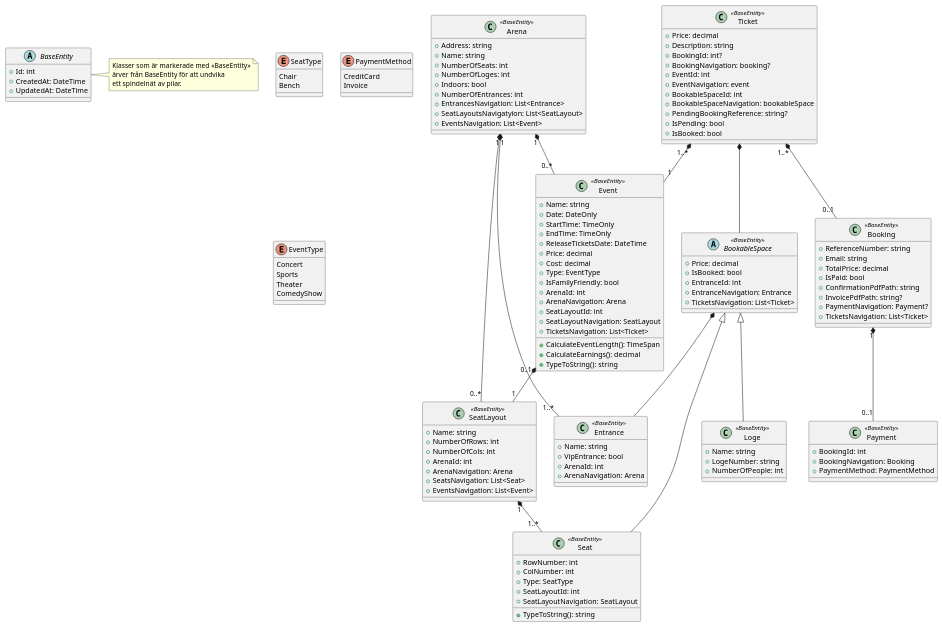
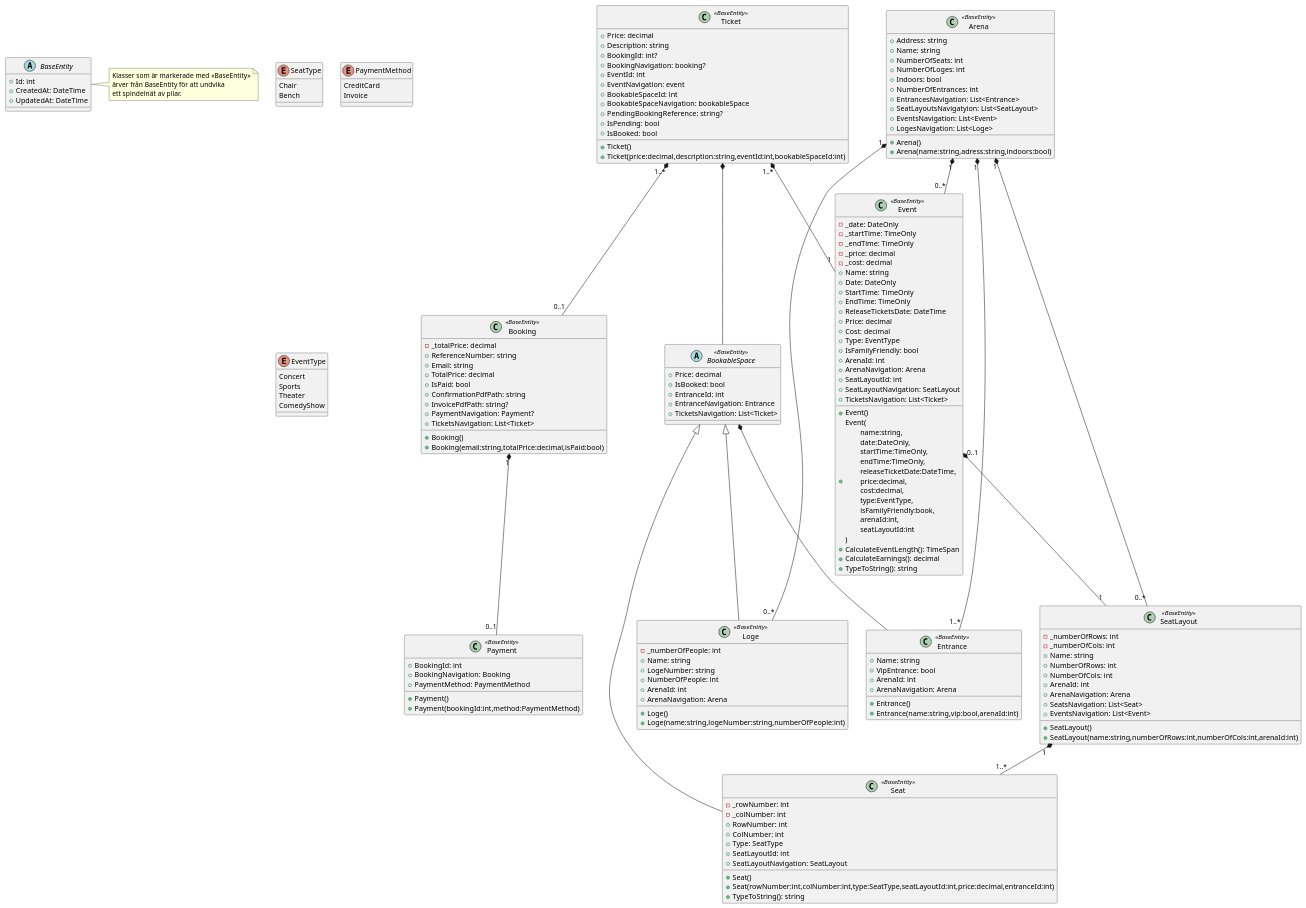
Before and after one commit to Mossberg1/ObjektOrienteradDesignBiljettShoppen: the diagram in docs/entities-uml.puml, drawn with PlantUML.

Commit message:
Uppdaterade uml diagrammet

```diff
--- a/docs/entities-uml.puml
+++ b/docs/entities-uml.puml
@@ -1,150 +1,185 @@
 @startuml
+together{
 
 enum SeatType {
     Chair
     Bench
 }
 
 enum PaymentMethod {
     CreditCard
     Invoice
 }
 
 enum EventType {
     Concert
     Sports
     Theater
     ComedyShow
+}
 }
 
 abstract class BaseEntity {
     + Id: int
     + CreatedAt: DateTime
     + UpdatedAt: DateTime
 }
 
 note right of BaseEntity
   Klasser som är markerade med <<BaseEntity>>
   ärver från BaseEntity för att undvika
   ett spindelnät av pilar.
 end note
 
 abstract class BookableSpace <<BaseEntity>> {
     + Price: decimal
     + IsBooked: bool
     + EntranceId: int
     + EntranceNavigation: Entrance
     + TicketsNavigation: List<Ticket>
 }
 
 class Arena <<BaseEntity>> {
     + Address: string
     + Name: string
     + NumberOfSeats: int
     + NumberOfLoges: int
     + Indoors: bool
     + NumberOfEntrances: int 
     + EntrancesNavigation: List<Entrance> 
     + SeatLayoutsNavigatyion: List<SeatLayout>
     + EventsNavigation: List<Event>
+    + LogesNavigation: List<Loge>
+    + Arena()
+    + Arena(name:string,adress:string,indoors:bool)
 }
  
 class SeatLayout <<BaseEntity>> {
+    - _numberOfRows: int 
+    - _numberOfCols: int
     + Name: string 
     + NumberOfRows: int
     + NumberOfCols: int
     + ArenaId: int
     + ArenaNavigation: Arena
     + SeatsNavigation: List<Seat>
     + EventsNavigation: List<Event>
+    + SeatLayout()
+    + SeatLayout(name:string,numberOfRows:int,numberOfCols:int,arenaId:int)
 }
 
 class Entrance <<BaseEntity>> {
     + Name: string
     + VipEntrance: bool
     + ArenaId: int 
     + ArenaNavigation: Arena 
+    + Entrance()
+    + Entrance(name:string,vip:bool,arenaId:int)
 }
 
 class Event <<BaseEntity>> {
+    - _date: DateOnly
+    - _startTime: TimeOnly
+    - _endTime: TimeOnly
+    - _price: decimal 
+    - _cost: decimal
     + Name: string
     + Date: DateOnly
     + StartTime: TimeOnly
     + EndTime: TimeOnly
     + ReleaseTicketsDate: DateTime
     + Price: decimal
     + Cost: decimal
     + Type: EventType
     + IsFamilyFriendly: bool 
     + ArenaId: int 
     + ArenaNavigation: Arena
     + SeatLayoutId: int
     + SeatLayoutNavigation: SeatLayout
-    + TicketsNavigation: List<Ticket> 
+    + TicketsNavigation: List<Ticket>
+    + Event()
+    + Event(\n\tname:string,\n\tdate:DateOnly,\n\tstartTime:TimeOnly,\n\tendTime:TimeOnly,\n\treleaseTicketDate:DateTime,\n\tprice:decimal,\n\tcost:decimal,\n\ttype:EventType,\n\tisFamilyFriendly:book,\n\tarenaId:int,\n\tseatLayoutId:int\n)
     + CalculateEventLength(): TimeSpan
     + CalculateEarnings(): decimal
     + TypeToString(): string
 }
 
 class Ticket <<BaseEntity>> {
     + Price: decimal
     + Description: string 
     + BookingId: int? 
     + BookingNavigation: booking? 
     + EventId: int 
     + EventNavigation: event 
     + BookableSpaceId: int 
     + BookableSpaceNavigation: bookableSpace
     + PendingBookingReference: string? 
     + IsPending: bool 
     + IsBooked: bool 
+    + Ticket()
+    + Ticket(price:decimal,description:string,eventId:int,bookableSpaceId:int)
 }
 
 class Seat <<BaseEntity>>{
+    - _rowNumber: int 
+    - _colNumber: int 
     + RowNumber: int
     + ColNumber: int
     + Type: SeatType
     + SeatLayoutId: int
     + SeatLayoutNavigation: SeatLayout
+    + Seat()
+    + Seat(rowNumber:int,colNumber:int,type:SeatType,seatLayoutId:int,price:decimal,entranceId:int)
     + TypeToString(): string 
 }
 
 class Loge <<BaseEntity>> { 
+    - _numberOfPeople: int
     + Name: string
     + LogeNumber: string
     + NumberOfPeople: int
+    + ArenaId: int 
+    + ArenaNavigation: Arena
+    + Loge()
+    + Loge(name:string,logeNumber:string,numberOfPeople:int)
 }
 
 class Booking <<BaseEntity>> {
+    - _totalPrice: decimal
     + ReferenceNumber: string 
     + Email: string 
     + TotalPrice: decimal 
     + IsPaid: bool 
     + ConfirmationPdfPath: string 
     + InvoicePdfPath: string? 
     + PaymentNavigation: Payment? 
     + TicketsNavigation: List<Ticket>
+    + Booking()
+    + Booking(email:string,totalPrice:decimal,isPaid:bool)
 }
 
 class Payment <<BaseEntity>> {
     + BookingId: int 
     + BookingNavigation: Booking 
     + PaymentMethod: PaymentMethod 
+    + Payment()
+    + Payment(bookingId:int,method:PaymentMethod)
 }
 
 Arena "1" *-- "0..*" Event
 BookableSpace *-- Entrance
 Arena "1" *-- "1..*" Entrance
 Ticket "1..*" *-- "0..1" Booking
 Booking "1" *-- "0..1" Payment
 Ticket "1..*" *-- "1"  Event
 
 BookableSpace <|-- Seat
 BookableSpace <|-- Loge
 Ticket *-- BookableSpace
 
 SeatLayout "1" *-- "1..*" Seat
 Arena "1" *-- "0..*" SeatLayout
 Event "0..1" *-- "1" SeatLayout
+Arena "1" *-- "0..*" Loge
 
 @enduml
```
